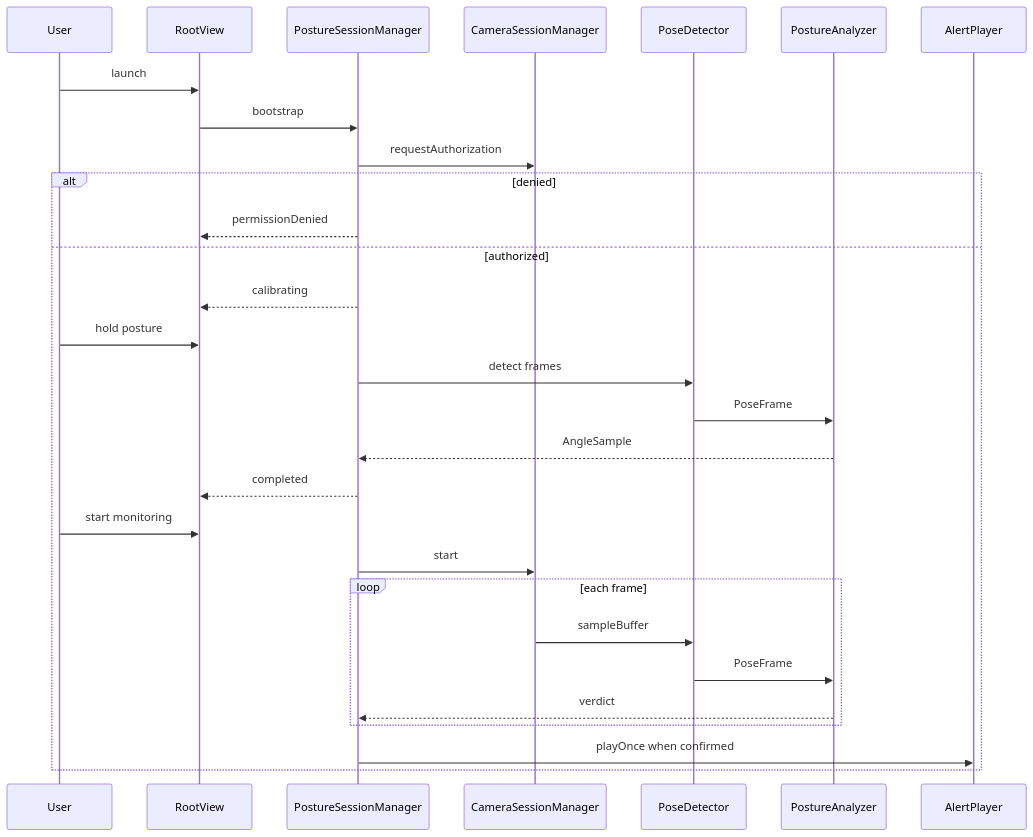
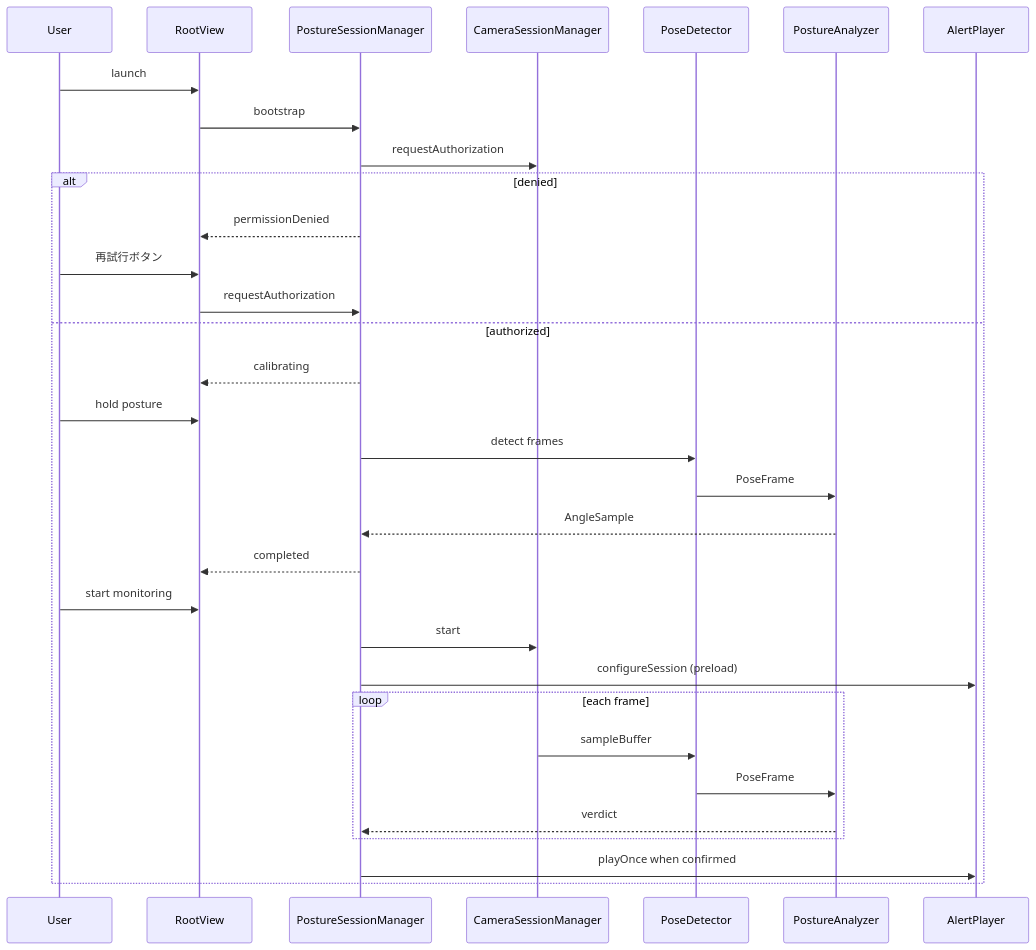
The fourth of 5 diagrams in .kiro/specs/nekoze-fix/design.md (da-shina/nekoze-fix), drawn with Mermaid before and after one commit. The commit also changed other lines of this file and 2 other files, not shown here.

````diff
--- a/.kiro/specs/nekoze-fix/design.md
+++ b/.kiro/specs/nekoze-fix/design.md
@@ -461,31 +545,34 @@
 ```mermaid
 sequenceDiagram
     participant User
     participant RootView
     participant Session as PostureSessionManager
     participant Camera as CameraSessionManager
     participant Vision as PoseDetector
     participant Analyzer as PostureAnalyzer
     participant Alert as AlertPlayer
     User->>RootView: launch
     RootView->>Session: bootstrap
     Session->>Camera: requestAuthorization
     alt denied
         Session-->>RootView: permissionDenied
+        User->>RootView: 再試行ボタン
+        RootView->>Session: requestAuthorization
     else authorized
         Session-->>RootView: calibrating
         User->>RootView: hold posture
         Session->>Vision: detect frames
         Vision->>Analyzer: PoseFrame
         Analyzer-->>Session: AngleSample
         Session-->>RootView: completed
         User->>RootView: start monitoring
         Session->>Camera: start
+        Session->>Alert: configureSession (preload)
         loop each frame
             Camera->>Vision: sampleBuffer
             Vision->>Analyzer: PoseFrame
             Analyzer-->>Session: verdict
         end
         Session->>Alert: playOnce when confirmed
     end
 ```
````
